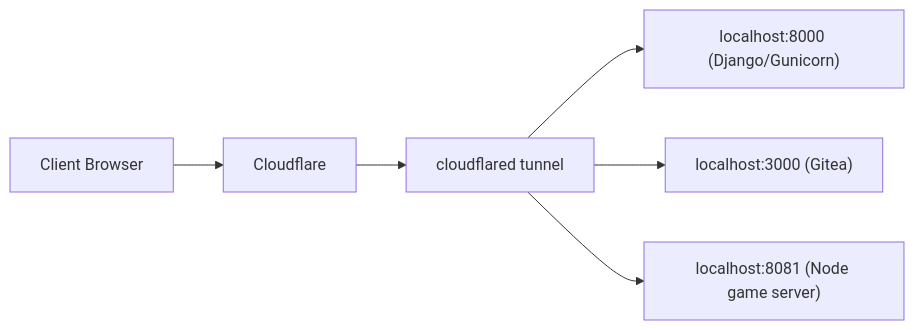
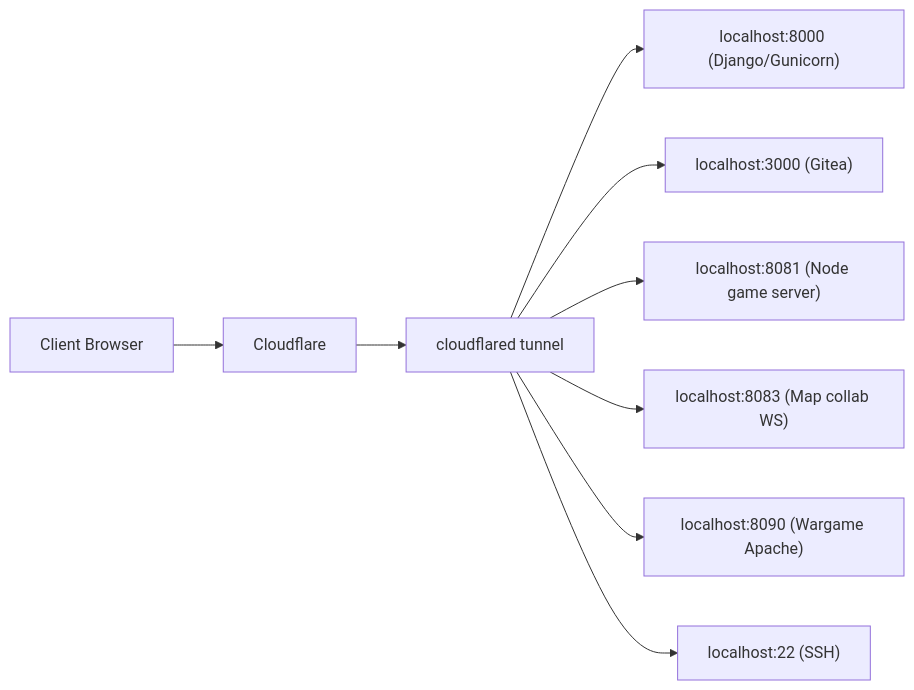
Before and after one commit to Adihang/Hanplanet: the first of 2 diagrams in README.md, drawn with Mermaid. The commit also changed other lines of this file and 18 other files, not shown here.

````diff
--- a/README.md
+++ b/README.md
@@ -30,8 +36,11 @@
 ```mermaid
 flowchart LR
   U["Client Browser"] --> CF["Cloudflare"]
   CF --> T["cloudflared tunnel"]
   T --> WWW["localhost:8000 (Django/Gunicorn)"]
   T --> GIT["localhost:3000 (Gitea)"]
   T --> GAME["localhost:8081 (Node game server)"]
+  T --> MAP["localhost:8083 (Map collab WS)"]
+  T --> WG["localhost:8090 (Wargame Apache)"]
+  T --> SSH["localhost:22 (SSH)"]
 ```
````
